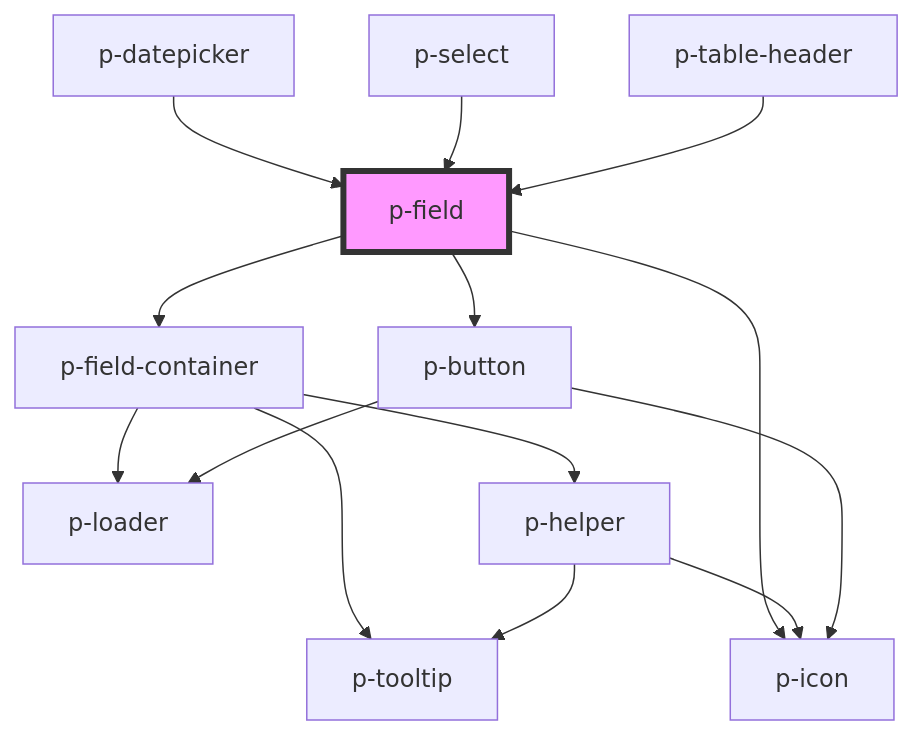
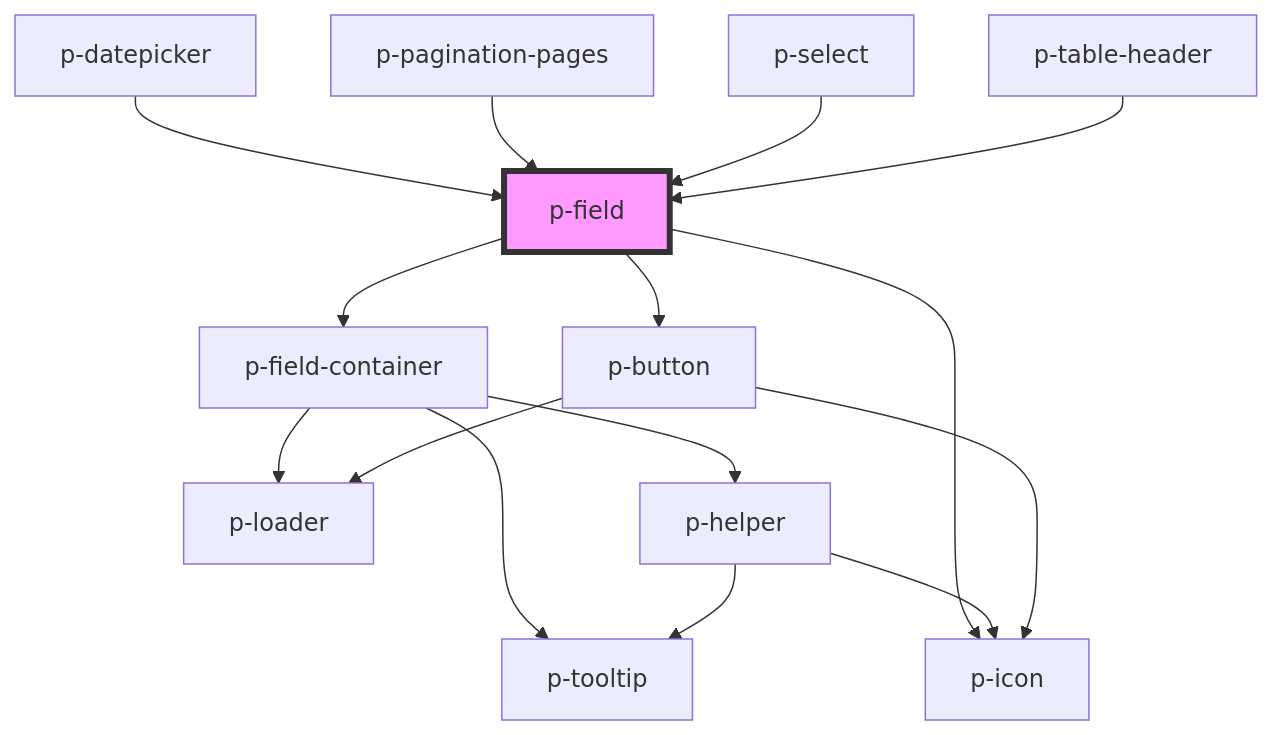
One commit to Employes/Paperless changed the diagram in packages/core/src/components/molecules/field/field/readme.md. Above: the diagram before and after it, drawn with Mermaid. The commit also changed other lines of this file and 17 other files, not shown here.

````diff
--- a/packages/core/src/components/molecules/field/field/readme.md
+++ b/packages/core/src/components/molecules/field/field/readme.md
@@ -69,17 +71,18 @@
 ```mermaid
 graph TD;
   p-field --> p-field-container
   p-field --> p-icon
   p-field --> p-button
   p-field-container --> p-loader
   p-field-container --> p-helper
   p-field-container --> p-tooltip
   p-helper --> p-tooltip
   p-helper --> p-icon
   p-button --> p-icon
   p-button --> p-loader
   p-datepicker --> p-field
+  p-pagination-pages --> p-field
   p-select --> p-field
   p-table-header --> p-field
   style p-field fill:#f9f,stroke:#333,stroke-width:4px
 ```
````
